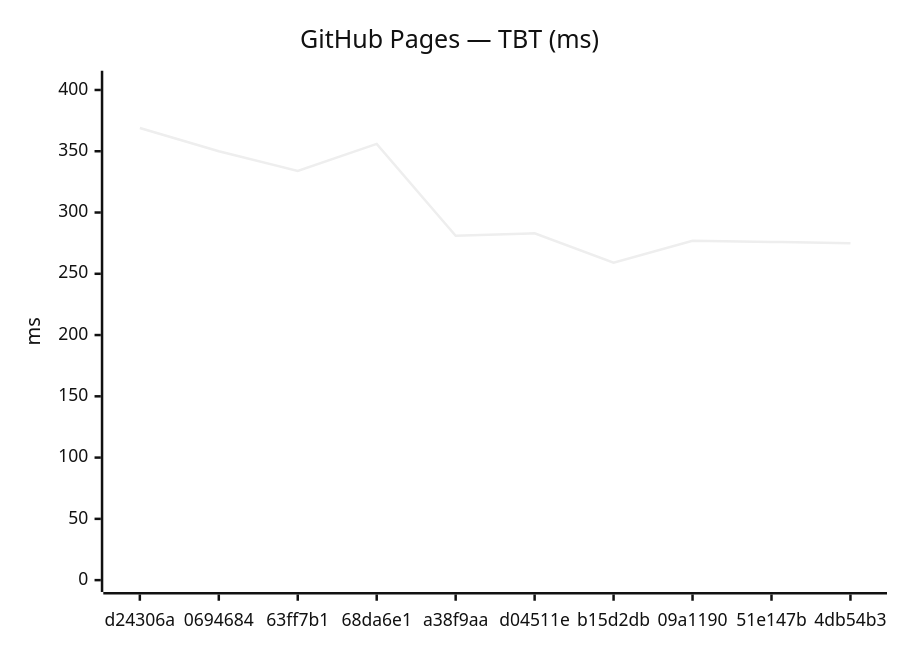
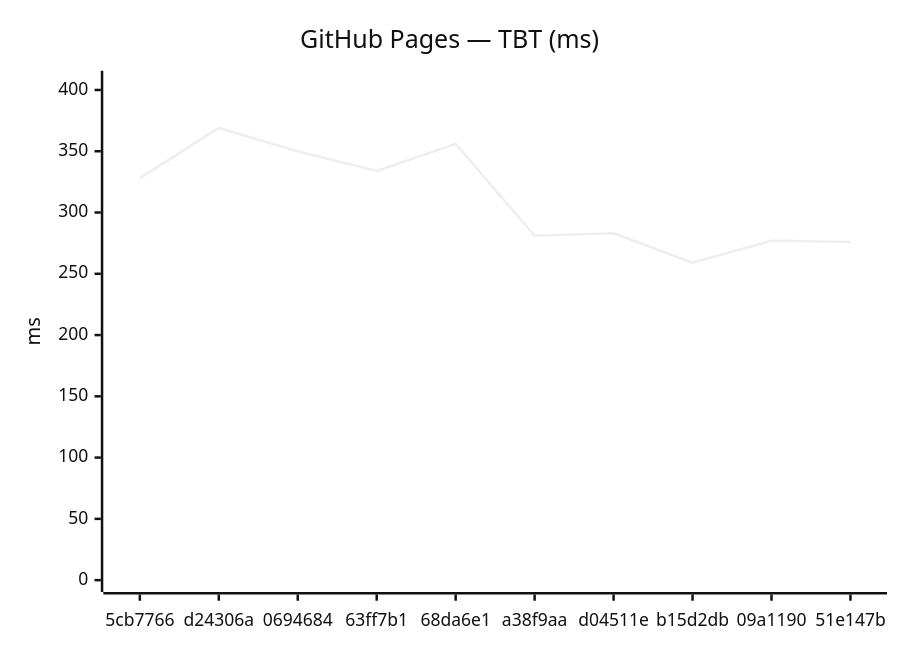
Before and after one commit to Metaheurist/Rianell: the fourth of 18 diagrams in benchmarks/compare.md, drawn with Mermaid (neutral theme). The commit also changed other lines of this file and 11 other files, not shown here.

````diff
--- a/benchmarks/compare.md
+++ b/benchmarks/compare.md
@@ -61,7 +61,7 @@
 ```mermaid
 xychart-beta
     title "GitHub Pages — TBT (ms)"
-    x-axis ["d24306a", "0694684", "63ff7b1", "68da6e1", "a38f9aa", "d04511e", "b15d2db", "09a1190", "51e147b", "4db54b3"]
+    x-axis ["5cb7766", "d24306a", "0694684", "63ff7b1", "68da6e1", "a38f9aa", "d04511e", "b15d2db", "09a1190", "51e147b"]
     y-axis "ms" 0 --> 406
-    line [369, 350, 334, 356, 281, 283, 259, 277, 276, 275]
+    line [328, 369, 350, 334, 356, 281, 283, 259, 277, 276]
 ```
````
